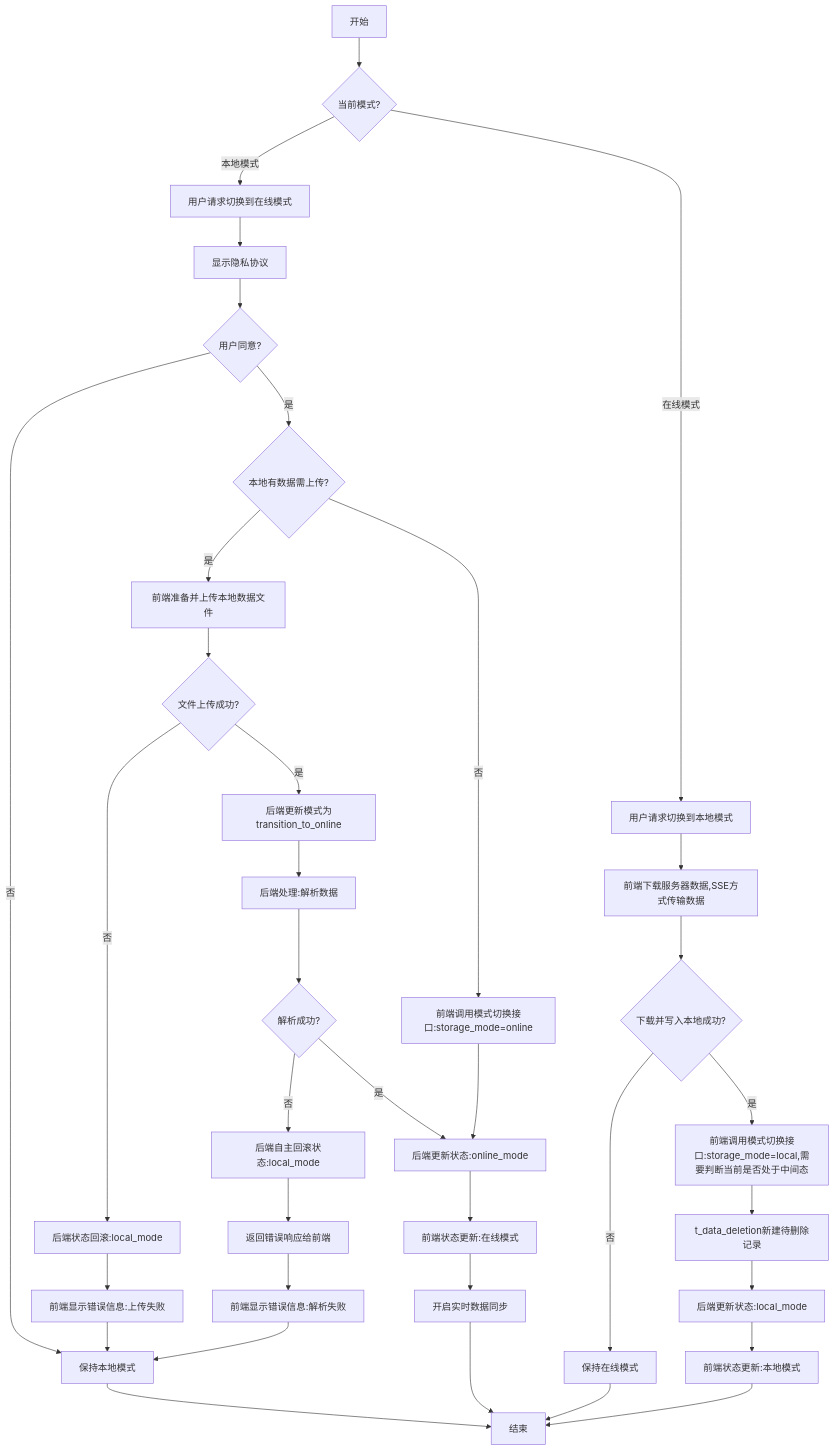
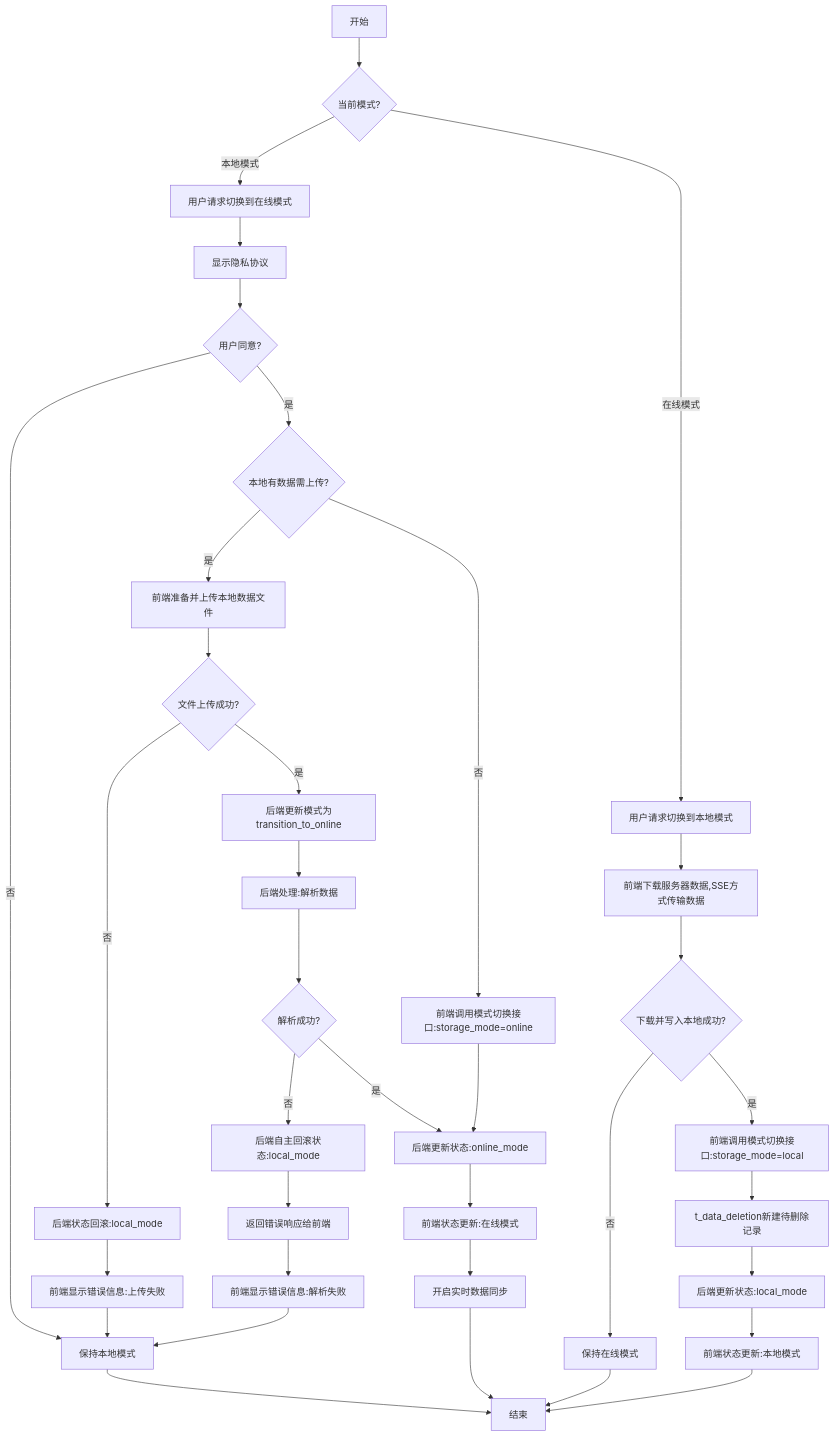
Before and after one commit to yingjianzh/iodraw-files: the diagram in all/未命名-68.md, drawn with Mermaid.

Commit message:
2025-06-04 10:07:20 update

````diff
--- a/all/未命名-68.md
+++ b/all/未命名-68.md
@@ -1,60 +1,60 @@
 ```mermaid
 
 flowchart TD
     A[开始] --> B{当前模式?}
     
     %% 本地模式转在线模式
     B -->|本地模式| C[用户请求切换到在线模式]
     C --> D[显示隐私协议]
     D --> E{用户同意?}
 
 
     E -->|否| F[保持本地模式]
     F --> Z[结束]
     
     E -->|是| J{本地有数据需上传?}
     
     %% 有本地数据需上传的情况
     J -->|是| K[前端准备并上传本地数据文件]
     K --> L{文件上传成功?}
     
     %% 上传失败的情况
     L -->|否| N[后端状态回滚:local_mode]
     N --> O[前端显示错误信息:上传失败]
     O --> F
     
     %% 上传成功但解析失败的情况
     L -->|是| G[后端更新模式为transition_to_online]
     G --> P[后端处理:解析数据]
     P --> Q{解析成功?}
     Q -->|否| R[后端自主回滚状态:local_mode]
     R --> S[返回错误响应给前端]
     S --> T[前端显示错误信息:解析失败]
     T --> F
     
     %% 全部成功的情况
     Q -->|是| U[后端更新状态:online_mode]
     J -->|否| V[前端调用模式切换接口:storage_mode=online]
     V --> U
     
     U --> W[前端状态更新:在线模式]
     W --> X[开启实时数据同步]
     X --> Z
     
     %% 在线模式转本地模式
     B -->|在线模式| AA[用户请求切换到本地模式]
     AA --> AE[前端下载服务器数据,SSE方式传输数据]
     AE --> AF{下载并写入本地成功?}
     
     %% 下载失败的情况
     AF -->|否| AJ[保持在线模式]
     AJ --> Z
     
     %% 下载成功的情况
-    AF -->|是| AK[前端调用模式切换接口:storage_mode=local,需要判断当前是否处于中间态]
+    AF -->|是| AK[前端调用模式切换接口:storage_mode=local]
     AK --> AL[t_data_deletion新建待删除记录]
     AL --> AM[后端更新状态:local_mode]
     AM --> AN[前端状态更新:本地模式]
     AN --> Z
 
 ```
````
